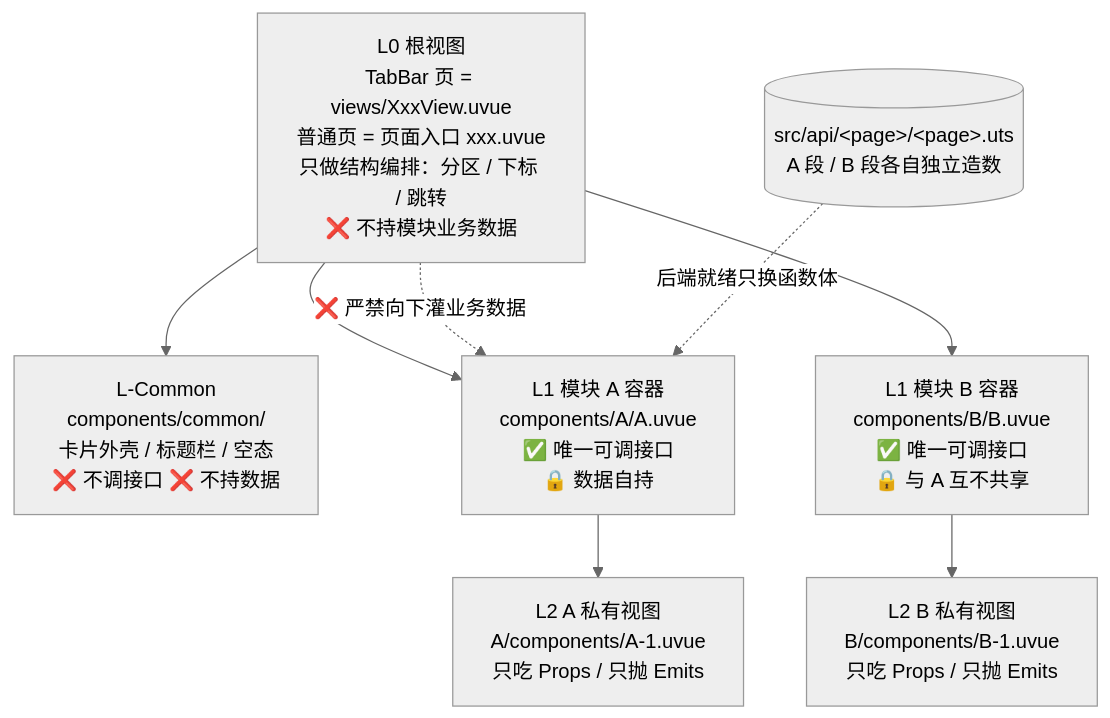
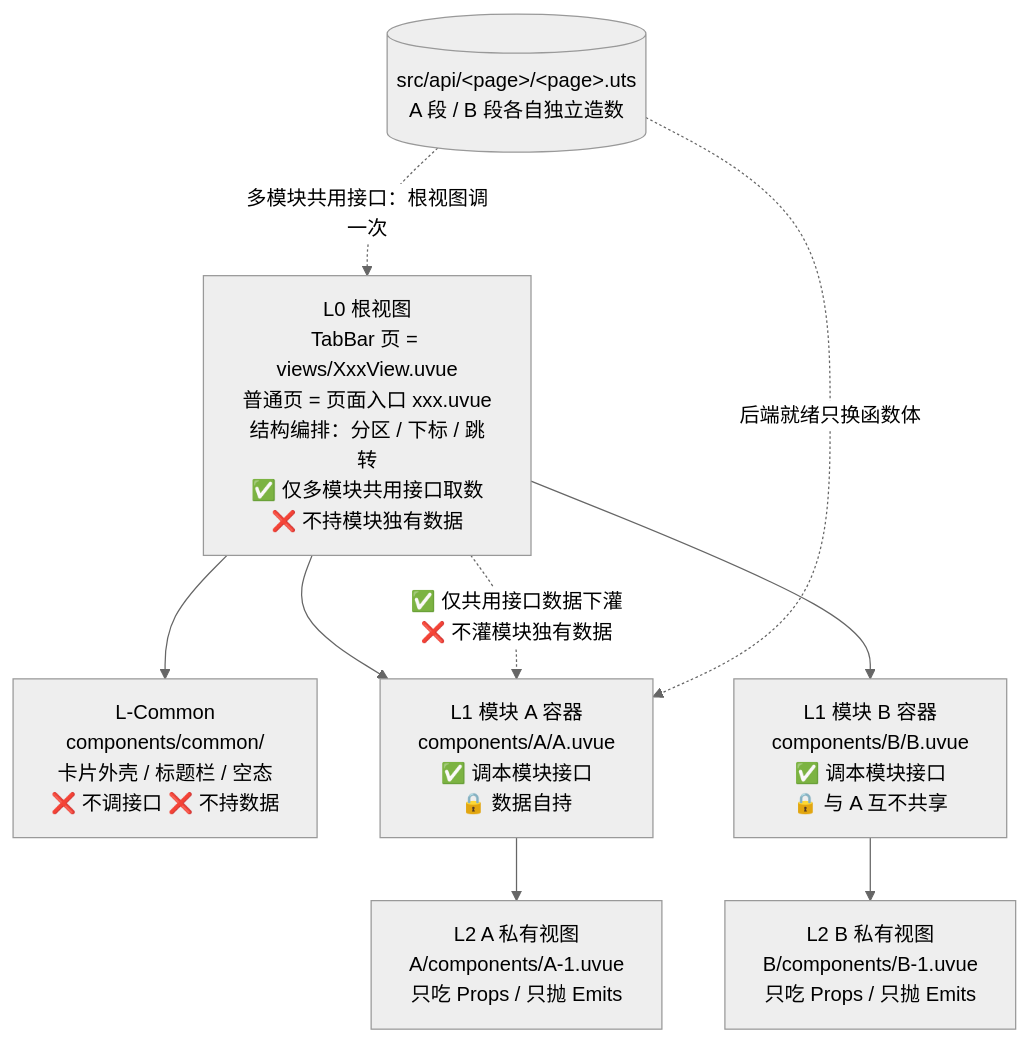
One commit to cq112233/unibestX changed the diagram in .agents/skills/unibestX-skill/references/5-page-structure.md. Above: the diagram before and after it, drawn with Mermaid (neutral theme). The commit also changed other lines of this file and 9 other files, not shown here.

````diff
--- a/.agents/skills/unibestX-skill/references/5-page-structure.md
+++ b/.agents/skills/unibestX-skill/references/5-page-structure.md
@@ -15,14 +15,15 @@
 ```mermaid
 graph TD
-    Page[L0 根视图<br>TabBar 页 = views/XxxView.uvue<br>普通页 = 页面入口 xxx.uvue<br>只做结构编排：分区 / 下标 / 跳转<br>❌ 不持模块业务数据]
+    Page[L0 根视图<br>TabBar 页 = views/XxxView.uvue<br>普通页 = 页面入口 xxx.uvue<br>结构编排：分区 / 下标 / 跳转<br>✅ 仅多模块共用接口取数<br>❌ 不持模块独有数据]
     Page --> Common[L-Common<br>components/common/<br>卡片外壳 / 标题栏 / 空态<br>❌ 不调接口 ❌ 不持数据]
-    Page --> ModuleA[L1 模块 A 容器<br>components/A/A.uvue<br>✅ 唯一可调接口<br>🔒 数据自持]
-    Page --> ModuleB[L1 模块 B 容器<br>components/B/B.uvue<br>✅ 唯一可调接口<br>🔒 与 A 互不共享]
+    Page --> ModuleA[L1 模块 A 容器<br>components/A/A.uvue<br>✅ 调本模块接口<br>🔒 数据自持]
+    Page --> ModuleB[L1 模块 B 容器<br>components/B/B.uvue<br>✅ 调本模块接口<br>🔒 与 A 互不共享]
 
-    Page -.->|❌ 严禁向下灌业务数据| ModuleA
+    Page -.->|✅ 仅共用接口数据下灌<br>❌ 不灌模块独有数据| ModuleA
 
     ModuleA --> A1[L2 A 私有视图<br>A/components/A-1.uvue<br>只吃 Props / 只抛 Emits]
     ModuleB --> B1[L2 B 私有视图<br>B/components/B-1.uvue<br>只吃 Props / 只抛 Emits]
 
     Api[(src/api/&lt;page&gt;/&lt;page&gt;.uts<br>A 段 / B 段各自独立造数)] -.->|后端就绪只换函数体| ModuleA
+    Api -.->|多模块共用接口：根视图调一次| Page
 ```
````
